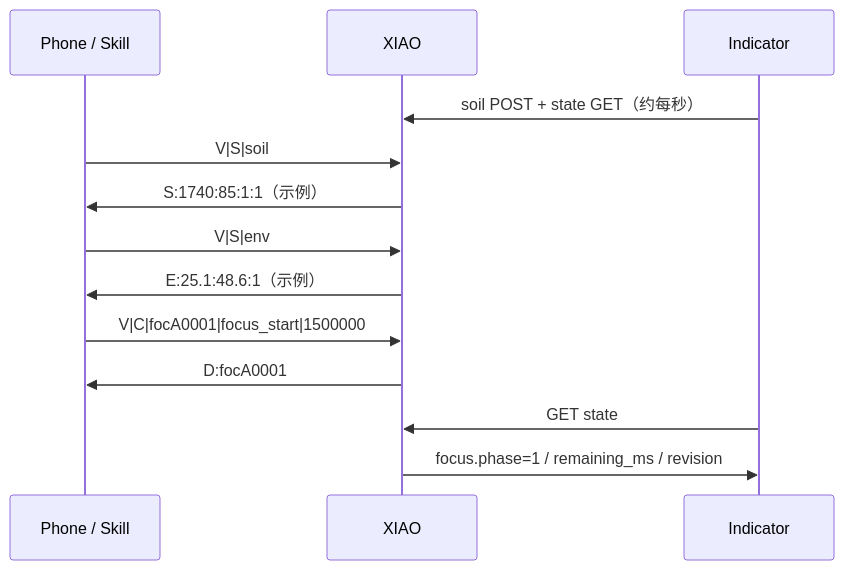
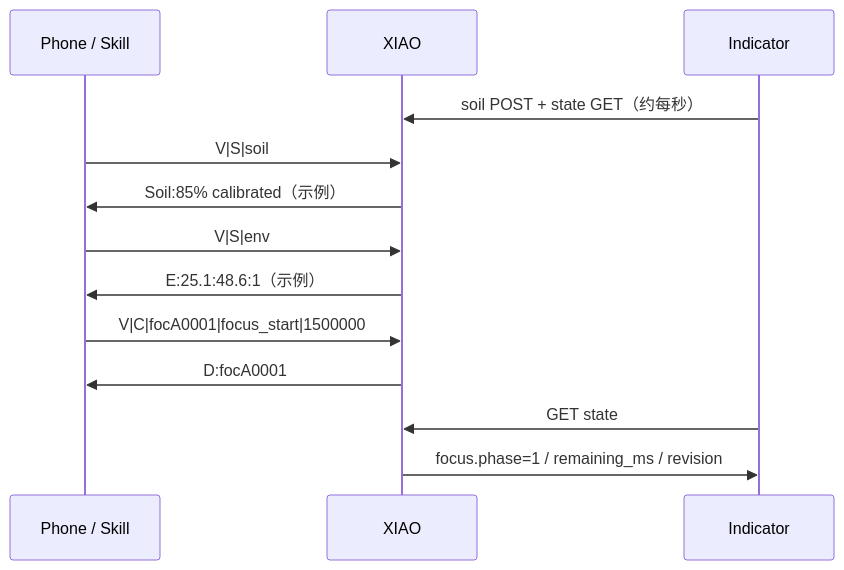
One commit to peterpanstechland/RoboPlanter changed the third of 5 diagrams in docs/handbook/system-api.md. Above: the diagram before and after it, drawn with Mermaid. The commit also changed other lines of this file and 11 other files, not shown here.

Commit message:
Return calibrated soil percentages to YOYO by default

````diff
--- a/docs/handbook/system-api.md
+++ b/docs/handbook/system-api.md
@@ -359,15 +361,15 @@
 ```mermaid
 sequenceDiagram
   participant P0 as Phone / Skill
   participant P1 as XIAO
   participant P2 as Indicator
   P2->>P1: soil POST + state GET（约每秒）
   P0->>P1: V|S|soil
-  P1->>P0: S:1740:85:1:1（示例）
+  P1->>P0: Soil:85% calibrated（示例）
   P0->>P1: V|S|env
   P1->>P0: E:25.1:48.6:1（示例）
   P0->>P1: V|C|focA0001|focus_start|1500000
   P1->>P0: D:focA0001
   P2->>P1: GET state
   P1->>P2: focus.phase=1 / remaining_ms / revision
 ```
````
